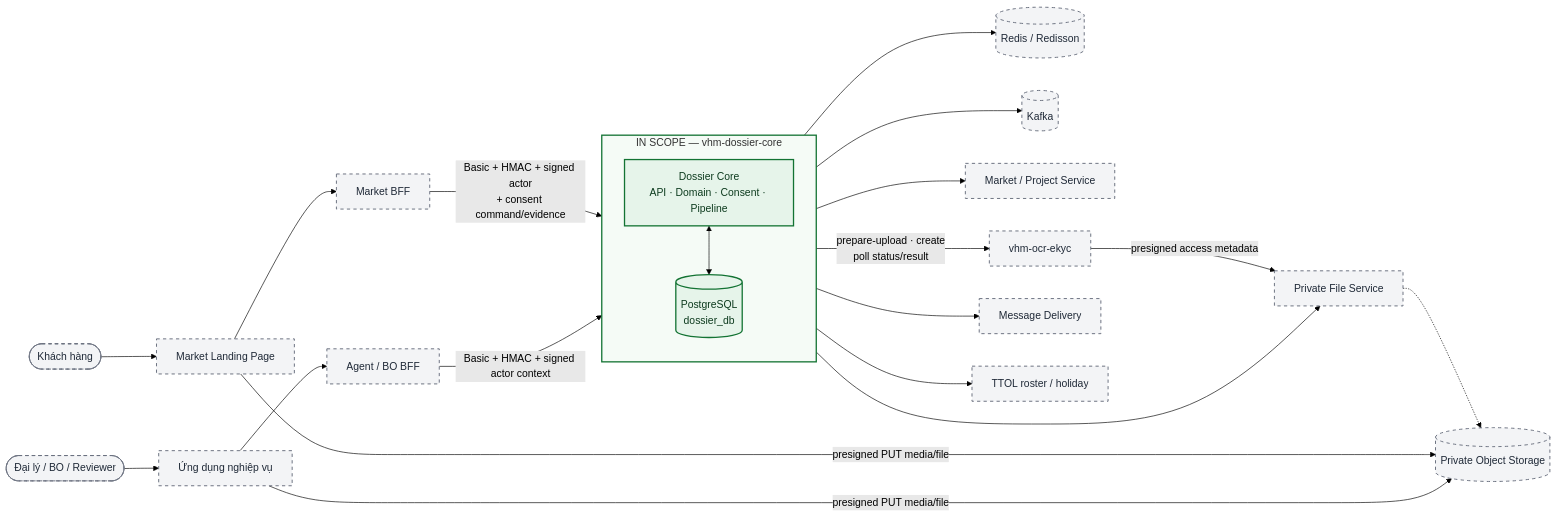
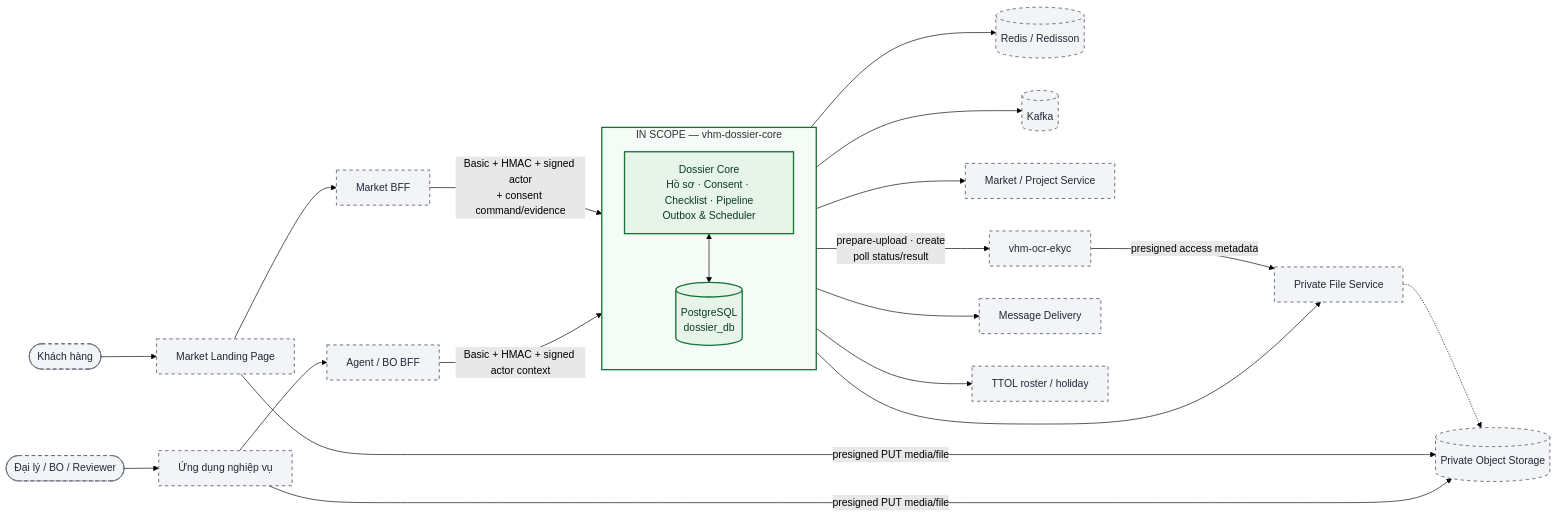
The first of 16 diagrams in tdd-dossier.md (huynv-xyz/vhm), drawn with Mermaid (forest theme) before and after one commit. The commit also changed other lines of this file, not shown here.

````diff
--- a/tdd-dossier.md
+++ b/tdd-dossier.md
@@ -200,35 +200,35 @@
 ```mermaid
 flowchart LR
     classDef inScope fill:#E6F4EA,stroke:#137333,stroke-width:2px,color:#0D3B1E
     classDef external fill:#F3F4F6,stroke:#6B7280,stroke-width:1.5px,stroke-dasharray:5 5,color:#1F2937
 
     Customer([Khách hàng]) --> Landing[Market Landing Page]
     Landing --> MBFF[Market BFF]
     Agent([Đại lý / BO / Reviewer]) --> Channel[Ứng dụng nghiệp vụ]
     Channel --> ABFF[Agent / BO BFF]
 
     subgraph SCOPE[IN SCOPE — vhm-dossier-core]
         direction TB
-        Core[Dossier Core<br/>API · Domain · Consent · Pipeline]
+        Core[Dossier Core<br/>Hồ sơ · Consent · Checklist · Pipeline<br/>Outbox & Scheduler]
         PG[(PostgreSQL<br/>dossier_db)]
         Core <--> PG
     end
 
     MBFF -->|Basic + HMAC + signed actor<br/>+ consent command/evidence| Core
     ABFF -->|Basic + HMAC + signed actor context| Core
     Core --> Redis[(Redis / Redisson)]
     Core --> Kafka[(Kafka)]
     Core --> File[Private File Service]
     Core --> Project[Market / Project Service]
     Core -->|prepare-upload · create<br/>poll status/result| OCR[vhm-ocr-ekyc]
     OCR -->|presigned access metadata| File
     File -.-> Store[(Private Object Storage)]
     Landing -->|presigned PUT media/file| Store
     Channel -->|presigned PUT media/file| Store
     Core --> Msg[Message Delivery]
     Core --> TTOL[TTOL roster / holiday]
 
     class Core,PG inScope
     class Customer,Landing,MBFF,Agent,Channel,ABFF,Redis,Kafka,File,Store,Project,OCR,Msg,TTOL external
     style SCOPE fill:#F5FBF6,stroke:#137333,stroke-width:2px
 ```
````
